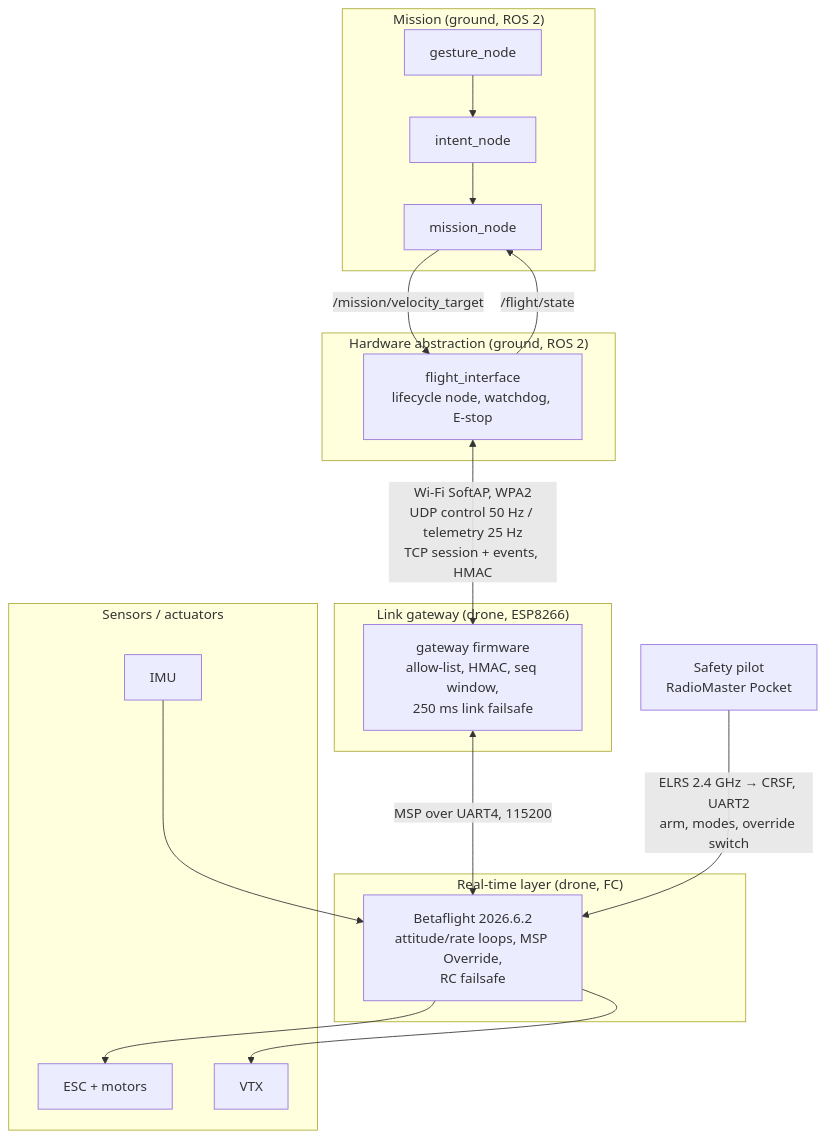
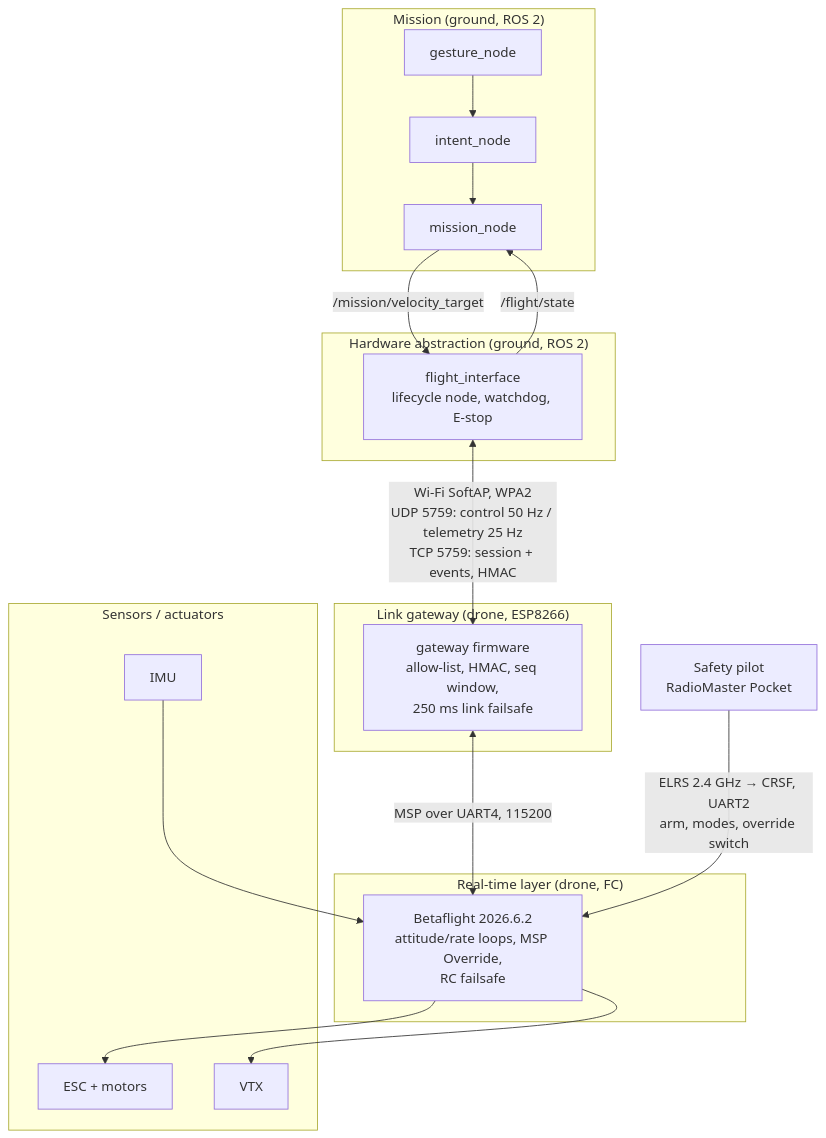
Before and after one commit to SEAME-pt/SEA-ME_Team1_ROSRangers: the first of 2 diagrams in docs/PraticalPlan/03 Architecture/Architecture Document.md, drawn with Mermaid. The commit also changed other lines of this file, not shown here.

Commit message:
Update the architecture document to the frozen Protocol Spec v0

````diff
--- a/docs/PraticalPlan/03 Architecture/Architecture Document.md
+++ b/docs/PraticalPlan/03 Architecture/Architecture Document.md
@@ -25,25 +25,25 @@
 ```mermaid
 flowchart TB
   subgraph L1["Mission (ground, ROS 2)"]
     GEST[gesture_node] --> INT[intent_node] --> MIS[mission_node]
   end
   subgraph L2["Hardware abstraction (ground, ROS 2)"]
     FI["flight_interface<br/>lifecycle node, watchdog, E-stop"]
   end
   subgraph L3["Link gateway (drone, ESP8266)"]
     ESP["gateway firmware<br/>allow-list, HMAC, seq window,<br/>250 ms link failsafe"]
   end
   subgraph L4["Real-time layer (drone, FC)"]
     FC["Betaflight 2026.6.2<br/>attitude/rate loops, MSP Override,<br/>RC failsafe"]
   end
   subgraph L5["Sensors / actuators"]
     IMU[IMU] --> FC
     FC --> ESC[ESC + motors]
     FC --> VTX[VTX]
   end
   MIS -->|"/mission/velocity_target"| FI
   FI -->|"/flight/state"| MIS
-  FI <-->|"Wi-Fi SoftAP, WPA2<br/>UDP control 50 Hz / telemetry 25 Hz<br/>TCP session + events, HMAC"| ESP
+  FI <-->|"Wi-Fi SoftAP, WPA2<br/>UDP 5759: control 50 Hz / telemetry 25 Hz<br/>TCP 5759: session + events, HMAC"| ESP
   ESP <-->|"MSP over UART4, 115200"| FC
   PILOT["Safety pilot<br/>RadioMaster Pocket"] -->|"ELRS 2.4 GHz → CRSF, UART2<br/>arm, modes, override switch"| FC
 ```
````
